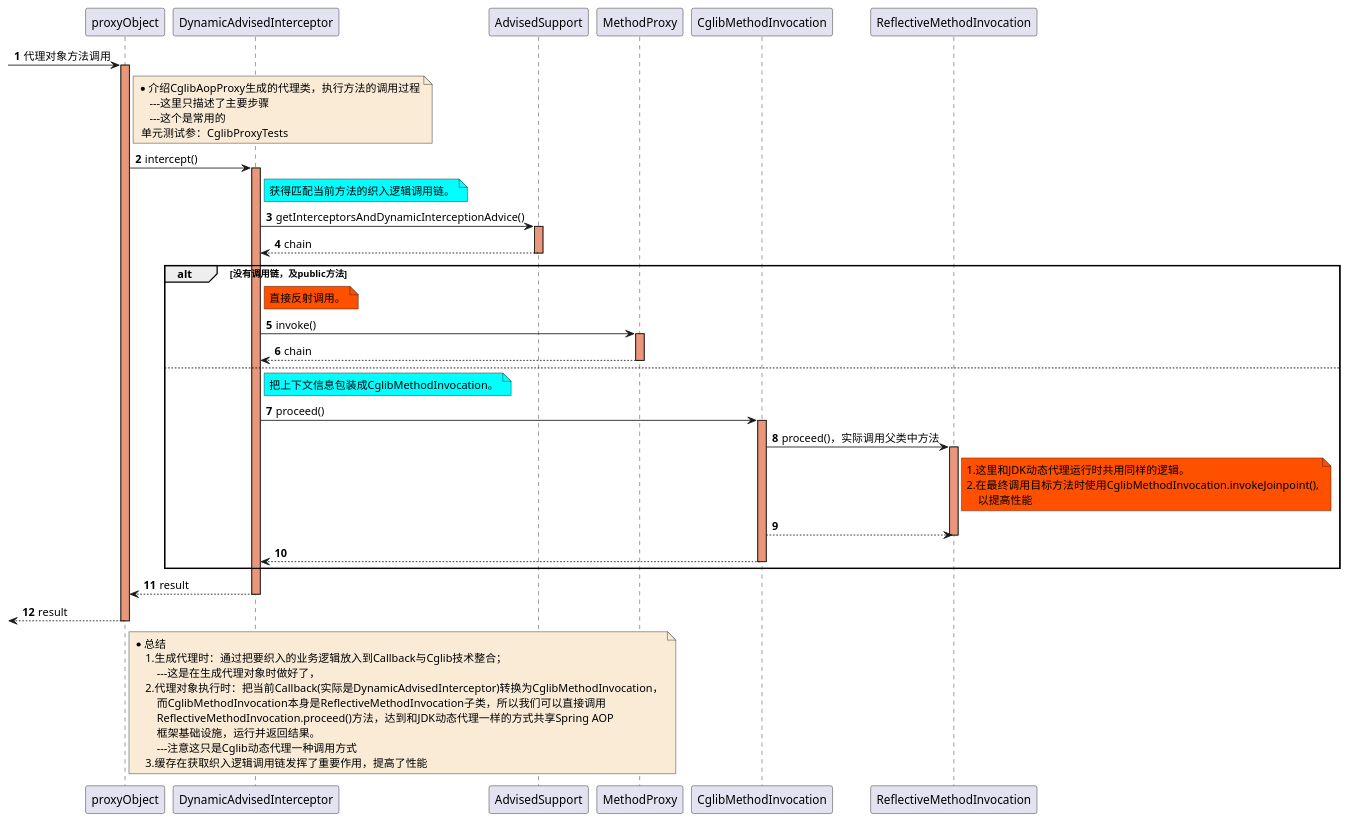
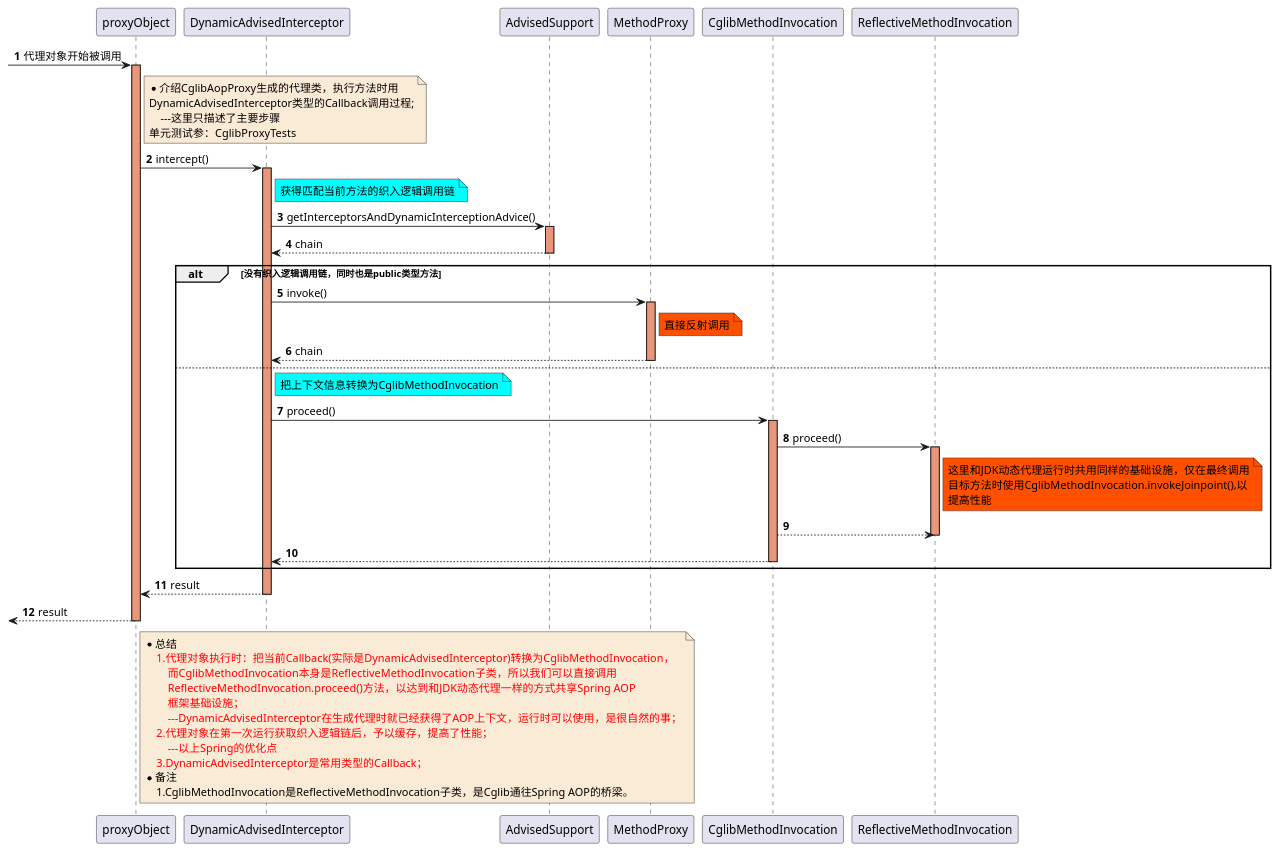
One commit to czwer/learn-spring-code changed the diagram in document/spring/base/sequence/AOP-ProxyInvoke-0-CglibAopProxy_intercept-ByDynamicAdvisedInterceptor-sequence.puml. Above: the diagram before and after it, drawn with PlantUML. The commit also changed 3 other files, not shown here.

Commit message:
修改Cglib版代理对象执行时的时序图

```diff
--- a/document/spring/base/sequence/AOP-ProxyInvoke-0-CglibAopProxy_intercept-ByDynamicAdvisedInterceptor-sequence.puml
+++ b/document/spring/base/sequence/AOP-ProxyInvoke-0-CglibAopProxy_intercept-ByDynamicAdvisedInterceptor-sequence.puml
@@ -1,76 +1,78 @@
 @startuml
 
 autonumber
 
--> proxyObject: 代理对象方法调用
+-> proxyObject: 代理对象开始被调用
 
 note right of proxyObject #FAEBD7
-    *介绍CglibAopProxy生成的代理类，执行方法的调用过程
+    *介绍CglibAopProxy生成的代理类，执行方法时用
+    DynamicAdvisedInterceptor类型的Callback调用过程;
         ---这里只描述了主要步骤
-        ---这个是常用的
-     单元测试参：CglibProxyTests
+    单元测试参：CglibProxyTests
 end note
 activate proxyObject #DarkSalmon
 
     proxyObject -> DynamicAdvisedInterceptor : intercept()
     activate DynamicAdvisedInterceptor #DarkSalmon
 
         note right of DynamicAdvisedInterceptor #aqua
-            获得匹配当前方法的织入逻辑调用链。
+            获得匹配当前方法的织入逻辑调用链
         end note
 
         DynamicAdvisedInterceptor -> AdvisedSupport: getInterceptorsAndDynamicInterceptionAdvice()
         activate AdvisedSupport #DarkSalmon
         AdvisedSupport --> DynamicAdvisedInterceptor : chain
         deactivate AdvisedSupport
 
-        alt 没有调用链，及public方法
-            note right of DynamicAdvisedInterceptor #FF5000
-                直接反射调用。
-            end note
+        alt 没有织入逻辑调用链，同时也是public类型方法
 
             DynamicAdvisedInterceptor -> MethodProxy: invoke()
             activate MethodProxy #DarkSalmon
+                note right of MethodProxy #FF5000
+                    直接反射调用
+                end note
             MethodProxy --> DynamicAdvisedInterceptor : chain
             deactivate MethodProxy
 
         else
 
             note right of DynamicAdvisedInterceptor #aqua
-                把上下文信息包装成CglibMethodInvocation。
+                把上下文信息转换为CglibMethodInvocation
             end note
 
             DynamicAdvisedInterceptor -> CglibMethodInvocation : proceed()
             activate CglibMethodInvocation #DarkSalmon
-                CglibMethodInvocation -> ReflectiveMethodInvocation : proceed()，实际调用父类中方法
+                CglibMethodInvocation -> ReflectiveMethodInvocation : proceed()
                 activate ReflectiveMethodInvocation #DarkSalmon
                     note right of ReflectiveMethodInvocation #FF5000
-                        1.这里和JDK动态代理运行时共用同样的逻辑。
-                        2.在最终调用目标方法时使用CglibMethodInvocation.invokeJoinpoint(),
-                            以提高性能
+                        这里和JDK动态代理运行时共用同样的基础设施，仅在最终调用
+                        目标方法时使用CglibMethodInvocation.invokeJoinpoint(),以
+                        提高性能
                     end note
                 CglibMethodInvocation --> ReflectiveMethodInvocation
                 deactivate ReflectiveMethodInvocation
             CglibMethodInvocation --> DynamicAdvisedInterceptor
             deactivate CglibMethodInvocation
         end
 
     DynamicAdvisedInterceptor --> proxyObject : result
     deactivate DynamicAdvisedInterceptor
 
 
 <-- proxyObject : result
 deactivate proxyObject
 
 note right of proxyObject #FAEBD7
-*总结
-    1.生成代理时：通过把要织入的业务逻辑放入到Callback与Cglib技术整合；
-        ---这是在生成代理对象时做好了，
-    2.代理对象执行时：把当前Callback(实际是DynamicAdvisedInterceptor)转换为CglibMethodInvocation，
-        而CglibMethodInvocation本身是ReflectiveMethodInvocation子类，所以我们可以直接调用
-        ReflectiveMethodInvocation.proceed()方法，达到和JDK动态代理一样的方式共享Spring AOP
-        框架基础设施，运行并返回结果。
-        ---注意这只是Cglib动态代理一种调用方式
-    3.缓存在获取织入逻辑调用链发挥了重要作用，提高了性能
+    *总结
+        <font color=red>1.代理对象执行时：把当前Callback(实际是DynamicAdvisedInterceptor)转换为CglibMethodInvocation，</font>
+            <font color=red>而CglibMethodInvocation本身是ReflectiveMethodInvocation子类，所以我们可以直接调用</font>
+            <font color=red>ReflectiveMethodInvocation.proceed()方法，以达到和JDK动态代理一样的方式共享Spring AOP</font>
+            <font color=red>框架基础设施；</font>
+            <font color=red>---DynamicAdvisedInterceptor在生成代理时就已经获得了AOP上下文，运行时可以使用，是很自然的事；</font>
+        <font color=red>2.代理对象在第一次运行获取织入逻辑链后，予以缓存，提高了性能；</font>
+            <font color=red>---以上Spring的优化点</font>
+        <font color=red>3.DynamicAdvisedInterceptor是常用类型的Callback；</font>
+    *备注
+        1.CglibMethodInvocation是ReflectiveMethodInvocation子类，是Cglib通往Spring AOP的桥梁。
 end note
 @enduml
```
